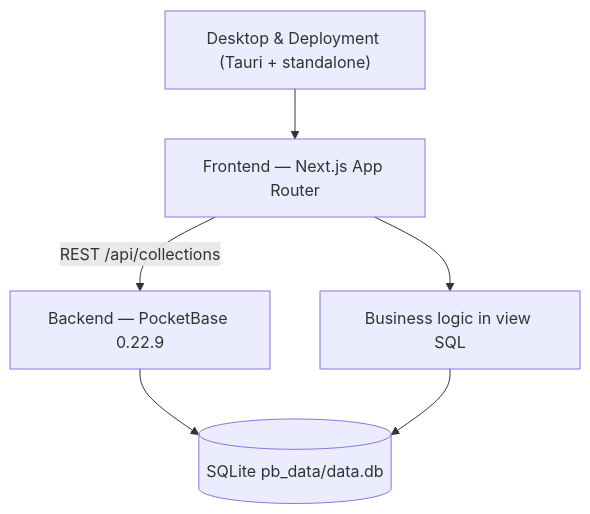
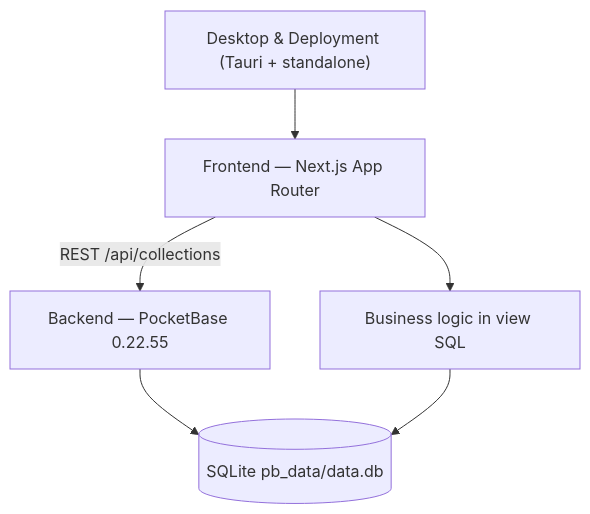
Before and after one commit to abdulhakam/aa_point_of_sale: the first of 2 diagrams in vault/projects/aa-point-of-sale.md, drawn with Mermaid. The commit also changed other lines of this file and 7 other files, not shown here.

First line of the commit message:
POS-0019/0020: upgrade PocketBase 0.22.9 -> 0.22.55

````diff
--- a/vault/projects/aa-point-of-sale.md
+++ b/vault/projects/aa-point-of-sale.md
@@ -59,8 +59,8 @@
 ```mermaid
 flowchart TD
-  UI["Frontend — Next.js App Router"] -->|REST /api/collections| PB["Backend — PocketBase 0.22.9"]
+  UI["Frontend — Next.js App Router"] -->|REST /api/collections| PB["Backend — PocketBase 0.22.55"]
   PB --> DB[("SQLite pb_data/data.db")]
   UI --> BI["Business logic in view SQL"]
   BI --> DB
   Tauri["Desktop & Deployment (Tauri + standalone)"] --> UI
 ```
````
